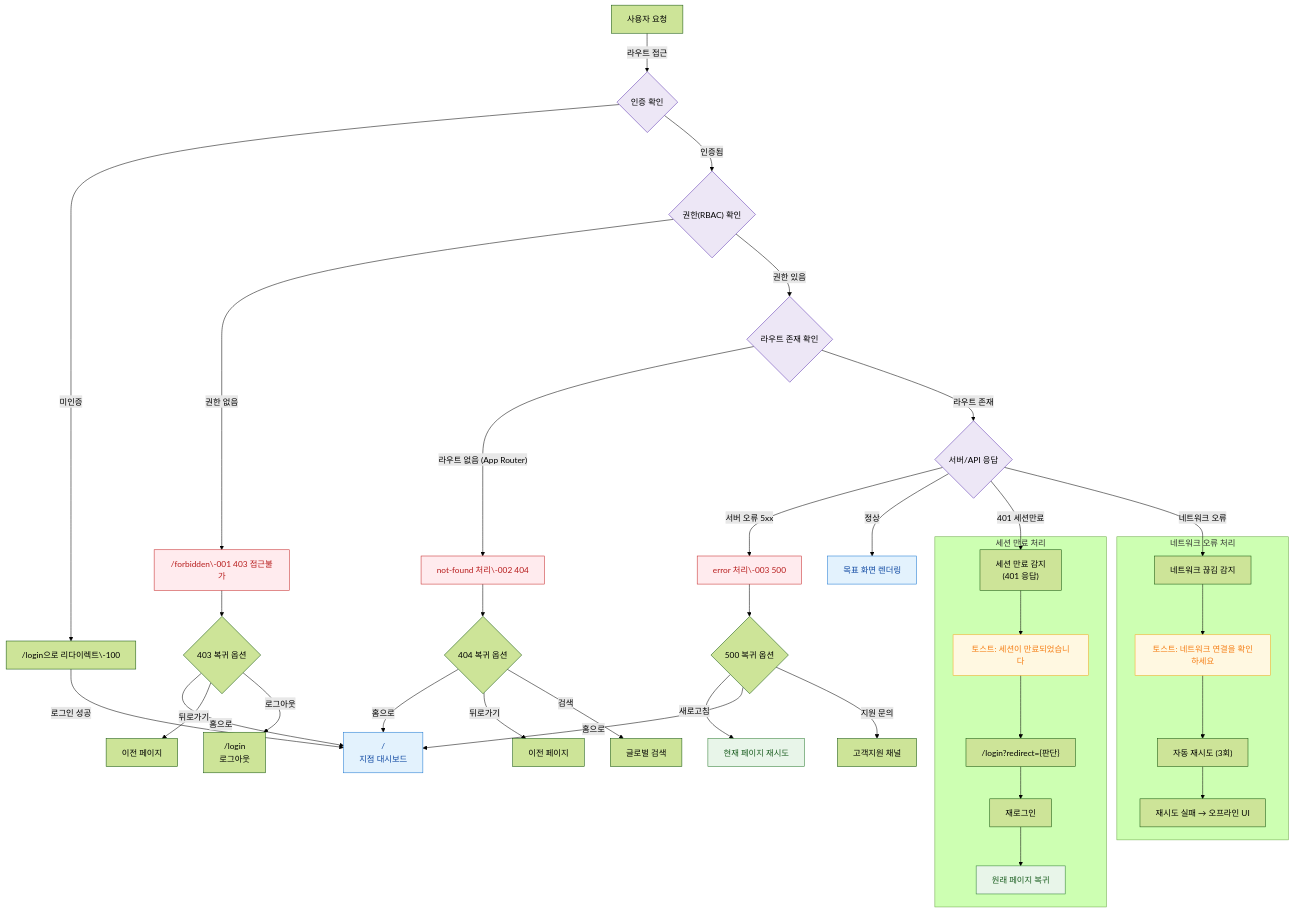
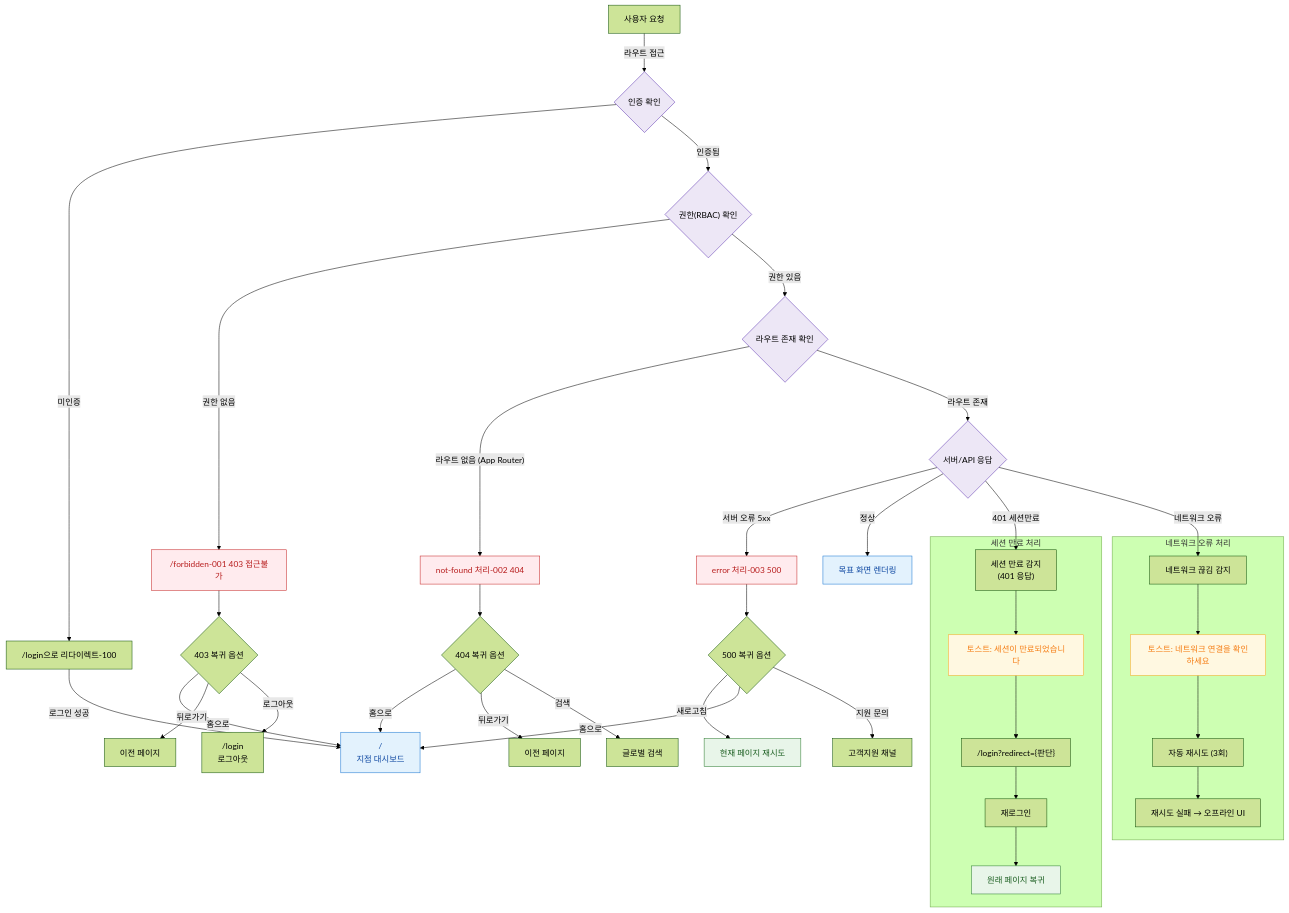
The diagram in docs/admin/다이어그램/00_사이트맵/N6_에러_복귀경로.md (dev-spogym/admin-pando), drawn with Mermaid (forest theme) before and after one commit. The commit also changed 369 other files, not shown here.

````diff
--- a/docs/admin/다이어그램/00_사이트맵/N6_에러_복귀경로.md
+++ b/docs/admin/다이어그램/00_사이트맵/N6_에러_복귀경로.md
@@ -9,67 +9,67 @@
 ```mermaid
 flowchart TD
     USER["사용자 요청"]
 
     USER -->|"라우트 접근"|CHECK_AUTH{"인증 확인"}
-    CHECK_AUTH -->|"미인증"|REDIRECT_LOGIN["/login으로 리다이렉트\-100"]
+    CHECK_AUTH -->|"미인증"|REDIRECT_LOGIN["/login으로 리다이렉트-100"]
     CHECK_AUTH -->|"인증됨"|CHECK_RBAC{"권한(RBAC) 확인"}
 
-    CHECK_RBAC -->|"권한 없음"|ERR_403["/forbidden\-001 403 접근불가"]
+    CHECK_RBAC -->|"권한 없음"|ERR_403["/forbidden-001 403 접근불가"]
     CHECK_RBAC -->|"권한 있음"|CHECK_ROUTE{"라우트 존재 확인"}
 
-    CHECK_ROUTE -->|"라우트 없음 (App Router)"|ERR_404["not-found 처리\-002 404"]
+    CHECK_ROUTE -->|"라우트 없음 (App Router)"|ERR_404["not-found 처리-002 404"]
     CHECK_ROUTE -->|"라우트 존재"|CHECK_SERVER{"서버/API 응답"}
 
-    CHECK_SERVER -->|"서버 오류 5xx"|ERR_500["error 처리\-003 500"]
+    CHECK_SERVER -->|"서버 오류 5xx"|ERR_500["error 처리-003 500"]
     CHECK_SERVER -->|"정상"|SCR_TARGET["목표 화면 렌더링"]
 
     ERR_403 --> RETURN_403{"403 복귀 옵션"}
     RETURN_403 -->|"홈으로"|HOME["/\n지점 대시보드"]
     RETURN_403 -->|"뒤로가기"|PREV_403["이전 페이지"]
     RETURN_403 -->|"로그아웃"|LOGOUT["/login\n로그아웃"]
 
     ERR_404 --> RETURN_404{"404 복귀 옵션"}
     RETURN_404 -->|"홈으로"|HOME
     RETURN_404 -->|"뒤로가기"|PREV_404["이전 페이지"]
     RETURN_404 -->|"검색"|SEARCH["글로벌 검색"]
 
     ERR_500 --> RETURN_500{"500 복귀 옵션"}
     RETURN_500 -->|"새로고침"|RETRY["현재 페이지 재시도"]
     RETURN_500 -->|"홈으로"|HOME
     RETURN_500 -->|"지원 문의"|SUPPORT["고객지원 채널"]
 
     REDIRECT_LOGIN -->|"로그인 성공"|HOME
 
     subgraph SESSION_ERR["세션 만료 처리"]
         SE_DETECT["세션 만료 감지\n(401 응답)"]
         SE_TOAST["토스트: 세션이 만료되었습니다"]
         SE_REDIRECT["/login?redirect={판단}"]
         SE_LOGIN["재로그인"]
         SE_RETURN["원래 페이지 복귀"]
         SE_DETECT --> SE_TOAST --> SE_REDIRECT --> SE_LOGIN --> SE_RETURN
     end
 
     CHECK_SERVER -->|"401 세션만료"|SE_DETECT
 
     subgraph NETWORK_ERR["네트워크 오류 처리"]
         NE_DETECT["네트워크 끊김 감지"]
         NE_TOAST["토스트: 네트워크 연결을 확인하세요"]
         NE_RETRY["자동 재시도 (3회)"]
         NE_FAIL["재시도 실패 → 오프라인 UI"]
         NE_DETECT --> NE_TOAST --> NE_RETRY --> NE_FAIL
     end
 
     CHECK_SERVER -->|"네트워크 오류"|NE_DETECT
 
     classDef error fill:#FFEBEE,stroke:#C62828,color:#B71C1C
     classDef screen fill:#E3F2FD,stroke:#1976D2,color:#0D47A1
     classDef warning fill:#FFF8E1,stroke:#F9A825,color:#F57F17
     classDef success fill:#E8F5E9,stroke:#2E7D32,color:#1B5E20
     classDef system fill:#EDE7F6,stroke:#5E35B2
 
     class ERR_403,ERR_404,ERR_500 error
     class HOME,SCR_TARGET screen
     class SE_TOAST,NE_TOAST warning
     class SE_RETURN,RETRY success
     class CHECK_AUTH,CHECK_RBAC,CHECK_ROUTE,CHECK_SERVER system
 ```
````
